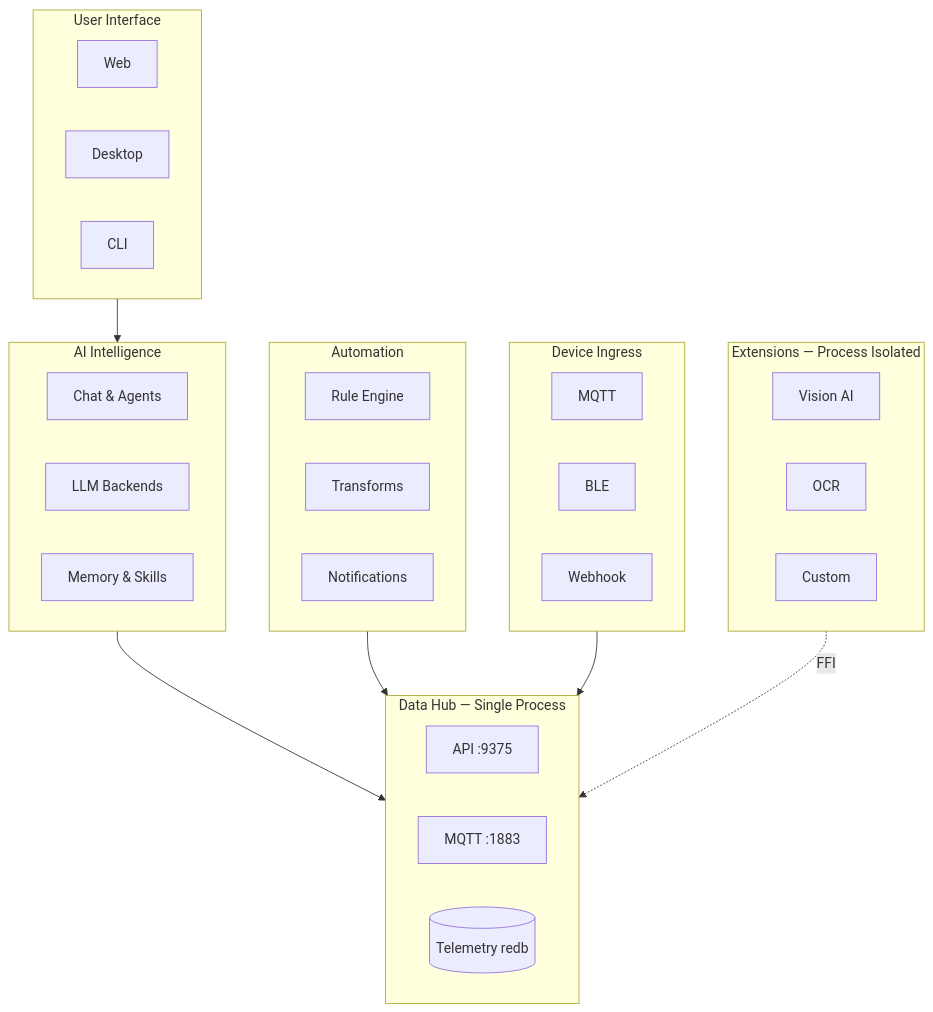
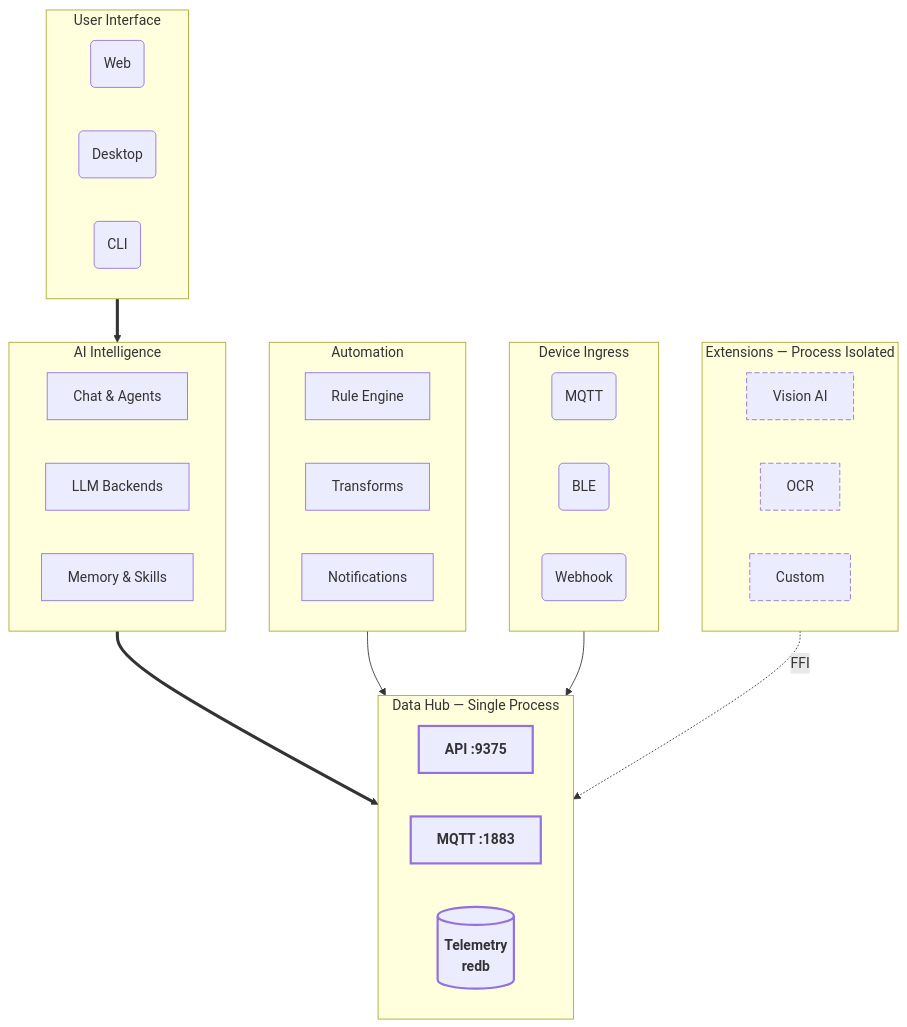
The diagram in docs/0-neomind/product-overview/1-what-is-neomind.md (luommy/wiki-documents), drawn with Mermaid before and after one commit. The commit also changed 1 other file, not shown here.

Commit message:
docs(neomind): improve architecture diagram styling
Use differentiated node shapes: rounded () for user/device-facing
layers, rectangle [] for internal components, cylinder for storage.
Thick ==> arrows for primary data flow, dotted -.-> for FFI.
Core layer (API/MQTT/Store) gets bold + thick stroke via classDef.
Extensions get dashed borders to signal process isolation.

````diff
--- a/docs/0-neomind/product-overview/1-what-is-neomind.md
+++ b/docs/0-neomind/product-overview/1-what-is-neomind.md
@@ -33,50 +33,55 @@
 ```mermaid
 flowchart TB
     subgraph UI["User Interface"]
         direction LR
-        WEB[Web]
-        DESKTOP[Desktop]
-        CLI[CLI]
+        WEB("Web")
+        DESKTOP("Desktop")
+        CLI("CLI")
     end
 
     subgraph AI["AI Intelligence"]
         direction LR
-        CHAT[Chat & Agents]
-        LLM[LLM Backends]
-        SKILLS[Memory & Skills]
+        CHAT["Chat & Agents"]
+        LLM["LLM Backends"]
+        SKILLS["Memory & Skills"]
     end
 
     subgraph AUTO["Automation"]
         direction LR
-        RULE[Rule Engine]
-        TRANSFORM[Transforms]
-        NOTIFY[Notifications]
+        RULE["Rule Engine"]
+        TRANSFORM["Transforms"]
+        NOTIFY["Notifications"]
     end
 
     subgraph CORE["Data Hub — Single Process"]
         direction LR
-        API[API :9375]
-        MQTT[MQTT :1883]
-        STORE[(Telemetry redb)]
+        API["API :9375"]
+        MQTT["MQTT :1883"]
+        STORE[("Telemetry<br/>redb")]
     end
 
     subgraph DEV["Device Ingress"]
         direction LR
-        MQDEV[MQTT]
-        BLEDEV[BLE]
-        HOOK[Webhook]
+        MQDEV("MQTT")
+        BLEDEV("BLE")
+        HOOK("Webhook")
     end
 
     subgraph EXT["Extensions — Process Isolated"]
         direction LR
-        VISION[Vision AI]
-        OCR[OCR]
-        CUSTOM[Custom]
+        VISION["Vision AI"]
+        OCR["OCR"]
+        CUSTOM["Custom"]
     end
 
-    UI --> AI
-    AI --> CORE
+    UI ==> AI
+    AI ==> CORE
     AUTO --> CORE
     DEV --> MQTT
     EXT -.FFI.-> API
+
+    classDef coreNode stroke-width:2.5px,font-weight:bold
+    classDef extNode stroke-dasharray:6 3
+    class API,MQTT,STORE coreNode
+    class VISION,OCR,CUSTOM extNode
 ```
````
